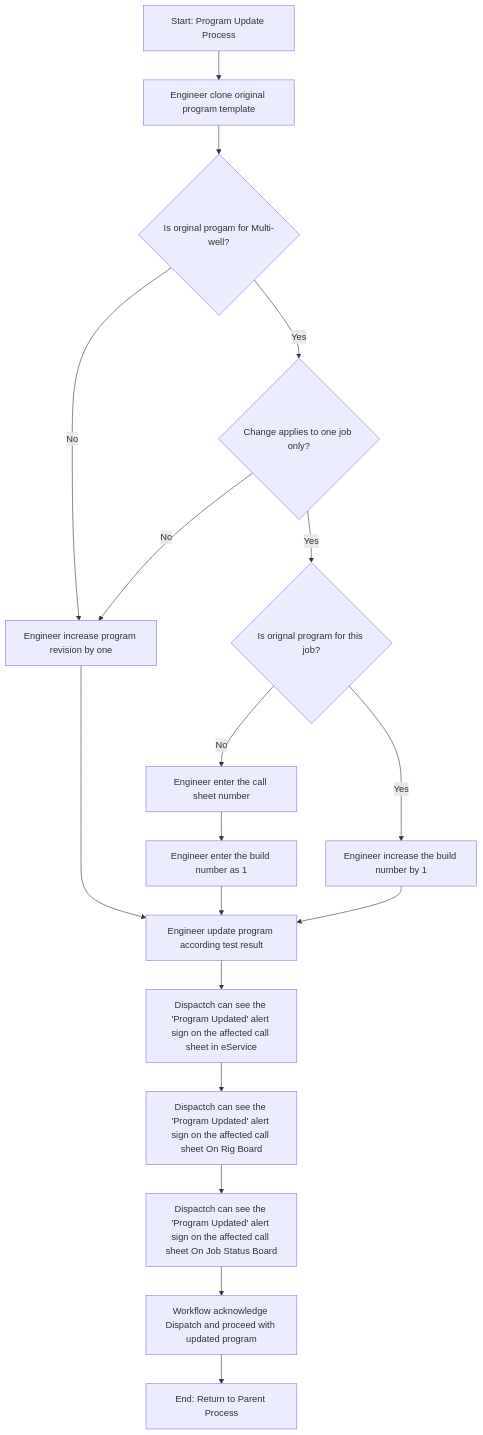
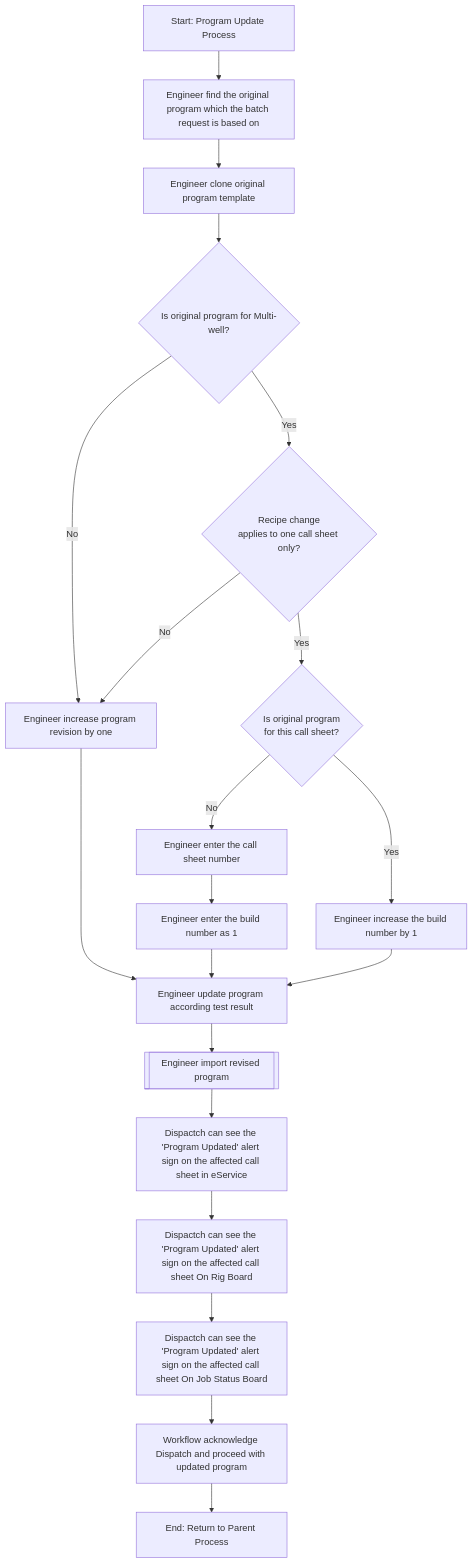
Before and after one commit to Sanjel-Energy-Services/eService_WorkItems: the diagram in Documents/04 - Cementing Service Request/09 - Prepare Material/05 - Blend Approval Process/10 - Program Update/process.md, drawn with Mermaid. The commit also changed 23 other files, not shown here.

````diff
--- a/Documents/04 - Cementing Service Request/09 - Prepare Material/05 - Blend Approval Process/10 - Program Update/process.md
+++ b/Documents/04 - Cementing Service Request/09 - Prepare Material/05 - Blend Approval Process/10 - Program Update/process.md
@@ -4,21 +4,23 @@
 ```mermaid
 flowchart TD
-    A[Start: Program Update Process] --> B[Engineer clone original program template]
-    B-->Z{Is orginal progam for Multi-well?}
+    A[Start: Program Update Process] --> K[Engineer find the original program which the batch request is based on]
+    K-->B[Engineer clone original program template]
+    B-->Z{Is original program for Multi-well?}
     Z --> |No|C[Engineer increase program revision by one]
-    Z --> |Yes| Y{ Change applies to one job only? }
+    Z --> |Yes| Y{ Recipe change<br>applies to one call sheet only? }
     Y --> |No| C
-    Y --> |Yes| X{ Is orignal program for this job?}
+    Y --> |Yes| X{ Is original program<br> for this call sheet?}
     X --> |No| T[Engineer enter the call sheet number]
     T --> S[Engineer enter the build number as 1]
     S --> D
     X --> |Yes| R[Engineer increase the build number by 1]
     R --> D
     C --> D[Engineer update program according test result]
-    D --> E[Dispactch can see the 'Program Updated' alert sign on the affected call sheet in eService ]
+    D --> D1[[Engineer import revised program]]
+    D1 --> E[Dispactch can see the 'Program Updated' alert sign on the affected call sheet in eService ]
     E --> F[Dispactch can see the 'Program Updated' alert sign on the affected call sheet On Rig Board ]
     F --> G[Dispactch can see the 'Program Updated' alert sign on the affected call sheet On Job Status Board ]
     G --> H[Workflow acknowledge Dispatch and proceed with updated program]
     H --> J[End: Return to Parent Process]
 
 ```
````
